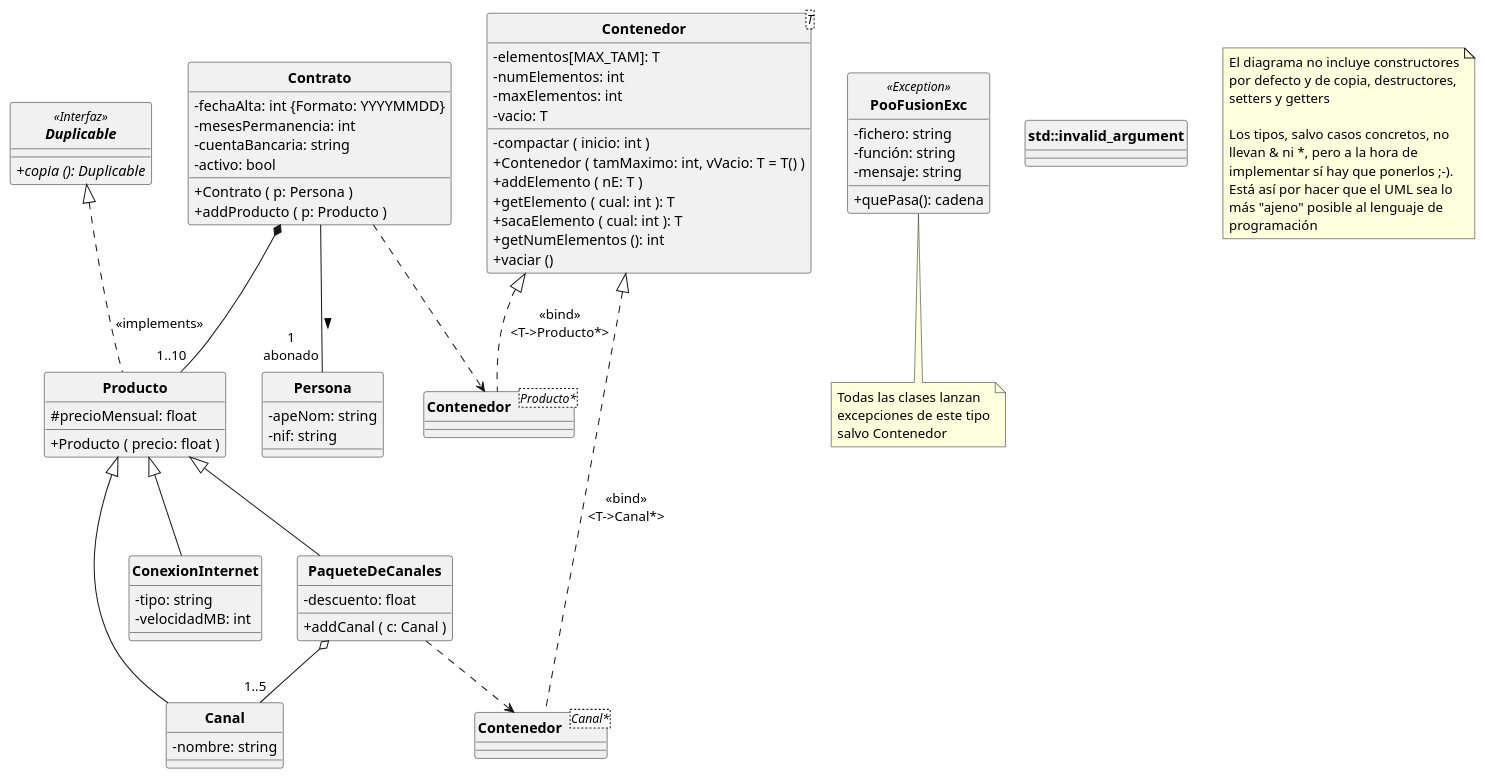
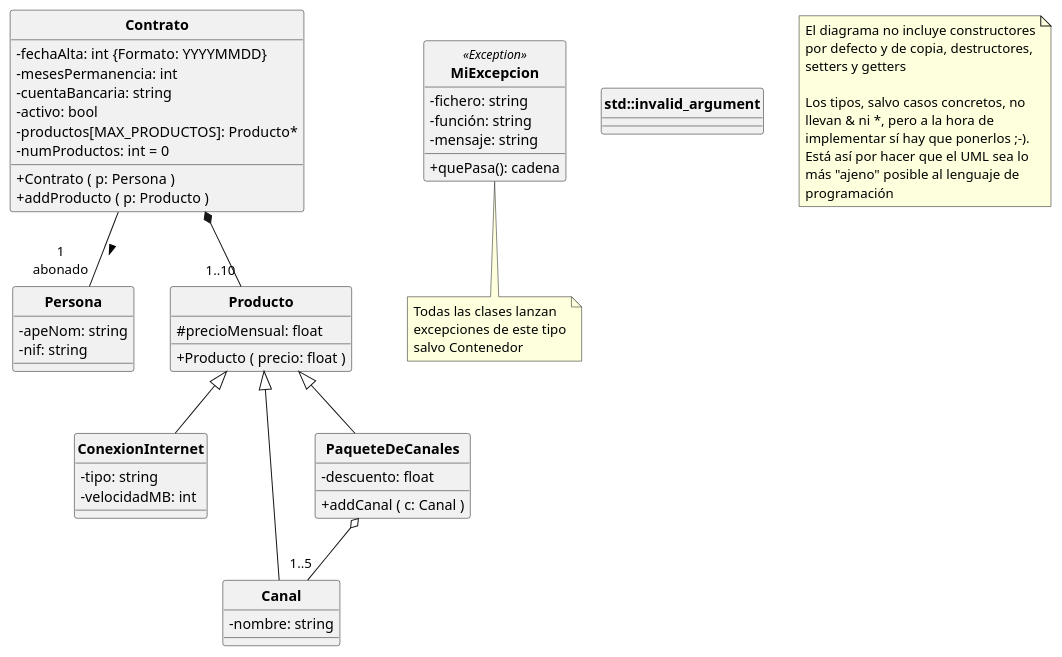
Before and after one commit to POOUJA/PooFusion: the diagram in PooFusion.puml, drawn with PlantUML. The commit also changed 5 other files, not shown here.

```diff
--- a/PooFusion.puml
+++ b/PooFusion.puml
@@ -1,105 +1,77 @@
 @startuml
 
 hide circle
 skinparam classattributeiconsize 0
 skinparam classFontStyle bold
-
-interface Duplicable<<Interfaz>> {
-   + {abstract} copia (): Duplicable
-}
 
 class Persona {
    - apeNom: string
    - nif: string
 }
 
 class Contrato {
    - fechaAlta: int {Formato: YYYYMMDD}
    - mesesPermanencia: int
    - cuentaBancaria: string
    - activo: bool
+   - productos[MAX_PRODUCTOS]: Producto*
+   - numProductos: int = 0
    + Contrato ( p: Persona )
    + addProducto ( p: Producto )
 }
 
 class Producto {
    # precioMensual: float
    + Producto ( precio: float )
 }
 
 class ConexionInternet {
    - tipo: string
    - velocidadMB: int
 }
 
 class Canal {
    - nombre: string
 }
 
 class PaqueteDeCanales {
    - descuento: float
    + addCanal ( c: Canal )
 }
 
-class Contenedor<T> {
-   - elementos[MAX_TAM]: T
-   - numElementos: int
-   - maxElementos: int
-   - vacio: T
 
-   - compactar ( inicio: int )
-   + Contenedor ( tamMaximo: int, vVacio: T = T() )
-   + addElemento ( nE: T )
-   + getElemento ( cual: int ): T
-   + sacaElemento ( cual: int ): T
-   + getNumElementos (): int
-   + vaciar ()
-}
-
-class PooFusionExc<<Exception>> {
+class MiExcepcion<<Exception>> {
    - fichero: string
    - función: string
    - mensaje: string
    + quePasa(): cadena
 }
-note bottom of PooFusionExc
+note bottom of MiExcepcion
    Todas las clases lanzan
    excepciones de este tipo
    salvo Contenedor
 end note
 
 class std::invalid_argument
 
-class "Contenedor<Canal*>" as CC {
-}
-
-class "Contenedor<Producto*>" as CP{
-}
-
-
 Contrato -- "1\nabonado" Persona: >
 Producto <|-- ConexionInternet 
 Producto <|-- Canal
 Producto <|-- PaqueteDeCanales
-Contenedor <|.. CP: <<bind>>\n<T->Producto*>
-Contrato ..> CP
 Contrato *-- "1..10" Producto
-Duplicable <|.. Producto: <<implements>>
-Contenedor <|.. CC: <<bind>>\n<T->Canal*>
 PaqueteDeCanales o-- "1..5"Canal
-PaqueteDeCanales ..> CC
 
 note as Nota1
    El diagrama no incluye constructores
    por defecto y de copia, destructores,
    setters y getters
 
    Los tipos, salvo casos concretos, no
    llevan & ni *, pero a la hora de
    implementar sí hay que ponerlos ;-). 
    Está así por hacer que el UML sea lo
    más "ajeno" posible al lenguaje de
    programación
 end note
 
 @enduml
```
